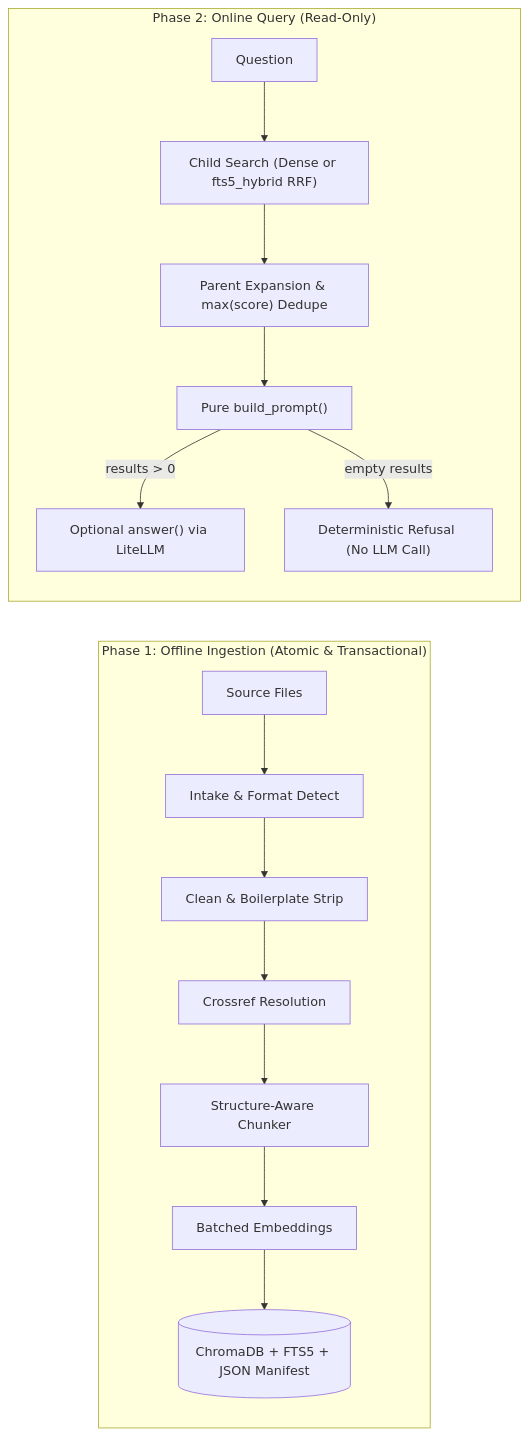
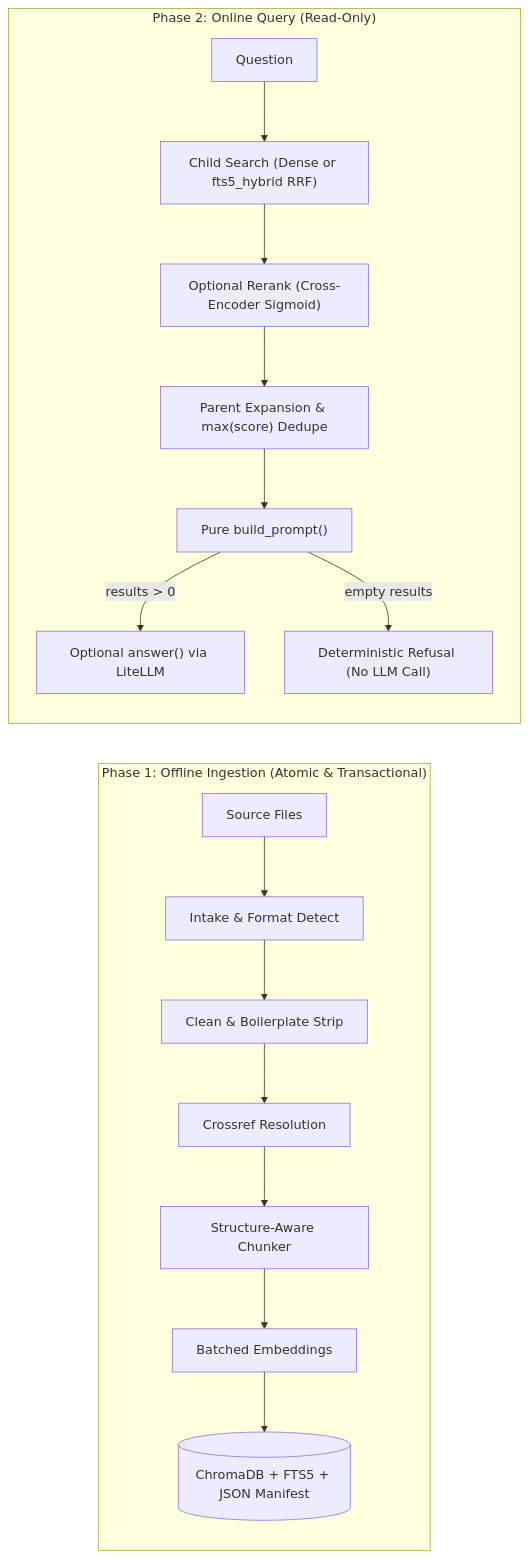
One commit to ivnmoreno/docpipe-maestro changed the diagram in README.md. Above: the diagram before and after it, drawn with Mermaid. The commit also changed other lines of this file and 29 other files, not shown here.

First line of the commit message:
feat(rerank): add opt-in child-first cross-encoder reranking

````diff
--- a/README.md
+++ b/README.md
@@ -90,19 +90,20 @@
 ```mermaid
 flowchart LR
     subgraph P1["Phase 1: Offline Ingestion (Atomic & Transactional)"]
         A[Source Files] --> B[Intake & Format Detect]
         B --> C[Clean & Boilerplate Strip]
         C --> D[Crossref Resolution]
         D --> E[Structure-Aware Chunker]
         E --> F[Batched Embeddings]
         F --> G[(ChromaDB + FTS5 + JSON Manifest)]
     end
 
     subgraph P2["Phase 2: Online Query (Read-Only)"]
         Q[Question] --> S["Child Search (Dense or fts5_hybrid RRF)"]
-        S --> PE["Parent Expansion & max(score) Dedupe"]
+        S --> RR["Optional Rerank (Cross-Encoder Sigmoid)"]
+        RR --> PE["Parent Expansion & max(score) Dedupe"]
         PE --> BP["Pure build_prompt()"]
         BP -->|results > 0| LLM["Optional answer() via LiteLLM"]
         BP -->|empty results| REF["Deterministic Refusal (No LLM Call)"]
     end
 ```
````
